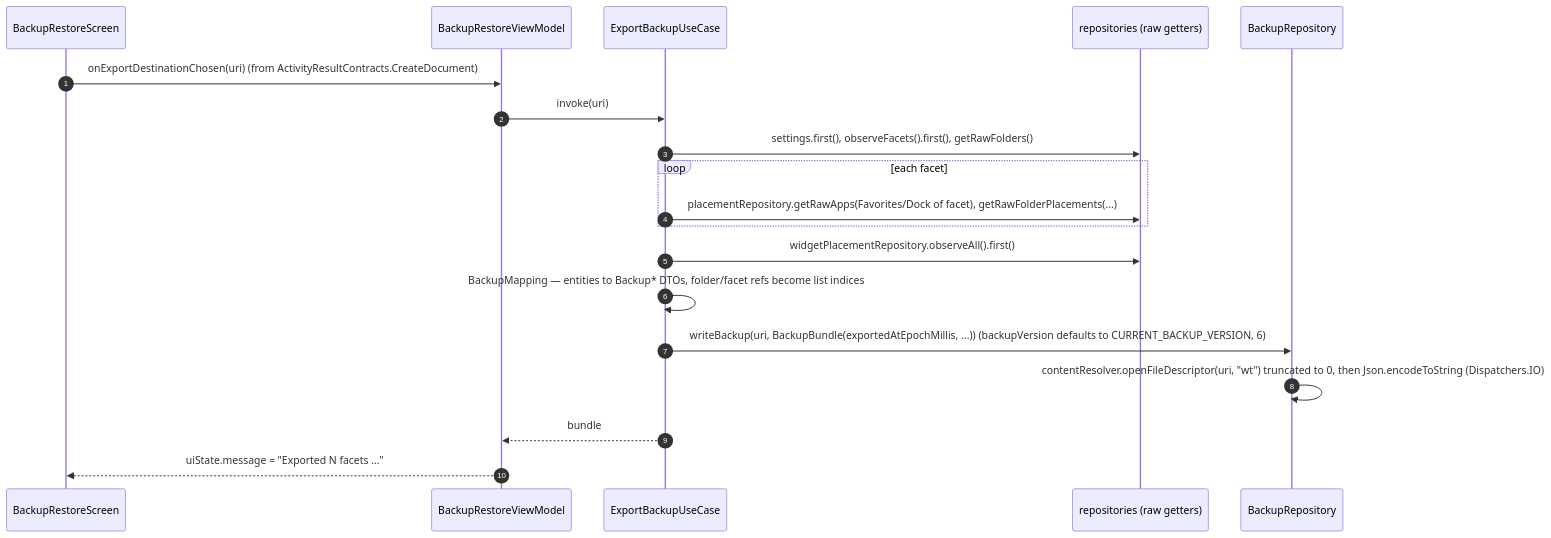
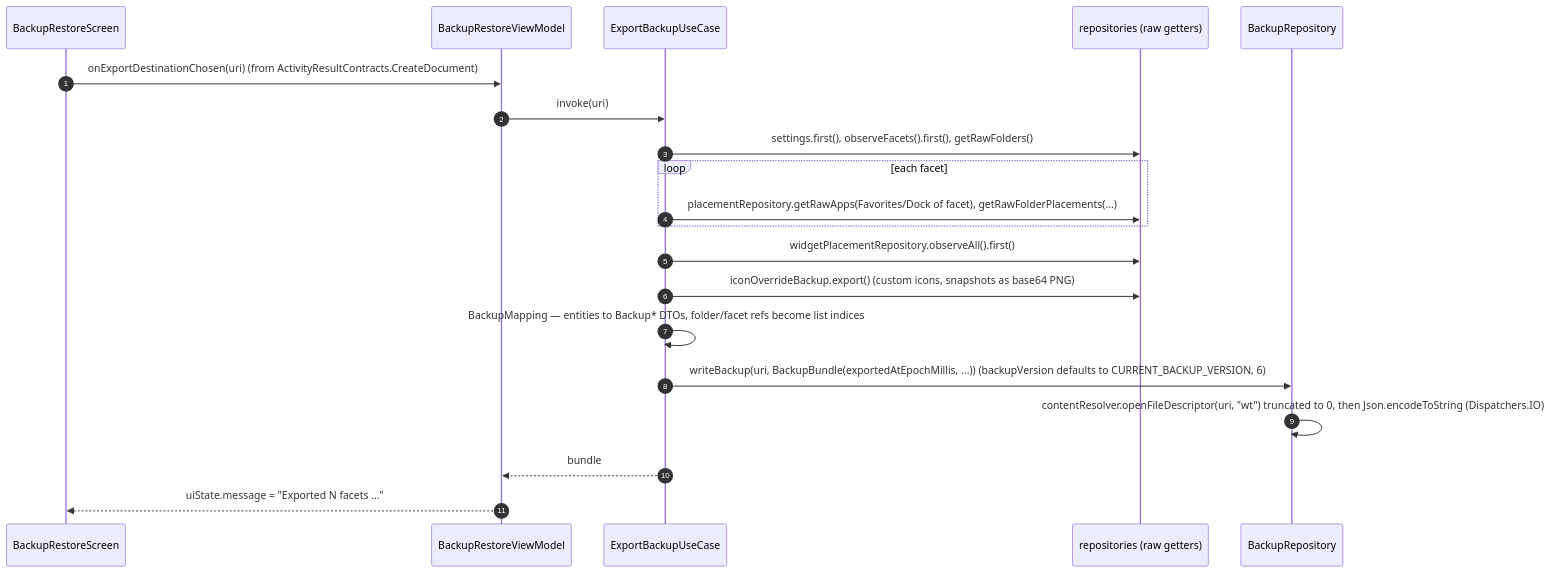
The first of 3 diagrams in docs/architecture/09-flow-backup-restore.md (rohitganjam/facet-launcher), drawn with Mermaid before and after one commit. The commit also changed other lines of this file and 57 other files, not shown here.

First line of the commit message:
Add custom app icons from the long-press menu

````diff
--- a/docs/architecture/09-flow-backup-restore.md
+++ b/docs/architecture/09-flow-backup-restore.md
@@ -9,21 +9,22 @@
 ```mermaid
 sequenceDiagram
     autonumber
     participant S as BackupRestoreScreen
     participant VM as BackupRestoreViewModel
     participant UC as ExportBackupUseCase
     participant R as repositories (raw getters)
     participant BR as BackupRepository
     S->>VM: onExportDestinationChosen(uri)   (from ActivityResultContracts.CreateDocument)
     VM->>UC: invoke(uri)
     UC->>R: settings.first(), observeFacets().first(), getRawFolders()
     loop each facet
         UC->>R: placementRepository.getRawApps(Favorites/Dock of facet), getRawFolderPlacements(...)
     end
     UC->>R: widgetPlacementRepository.observeAll().first()
+    UC->>R: iconOverrideBackup.export()  (custom icons, snapshots as base64 PNG)
     UC->>UC: BackupMapping — entities to Backup* DTOs, folder/facet refs become list indices
     UC->>BR: writeBackup(uri, BackupBundle(exportedAtEpochMillis, ...))   (backupVersion defaults to CURRENT_BACKUP_VERSION, 6)
     BR->>BR: contentResolver.openFileDescriptor(uri, "wt") truncated to 0, then Json.encodeToString  (Dispatchers.IO)
     UC-->>VM: bundle
     VM-->>S: uiState.message = "Exported N facets …"
 ```
````
